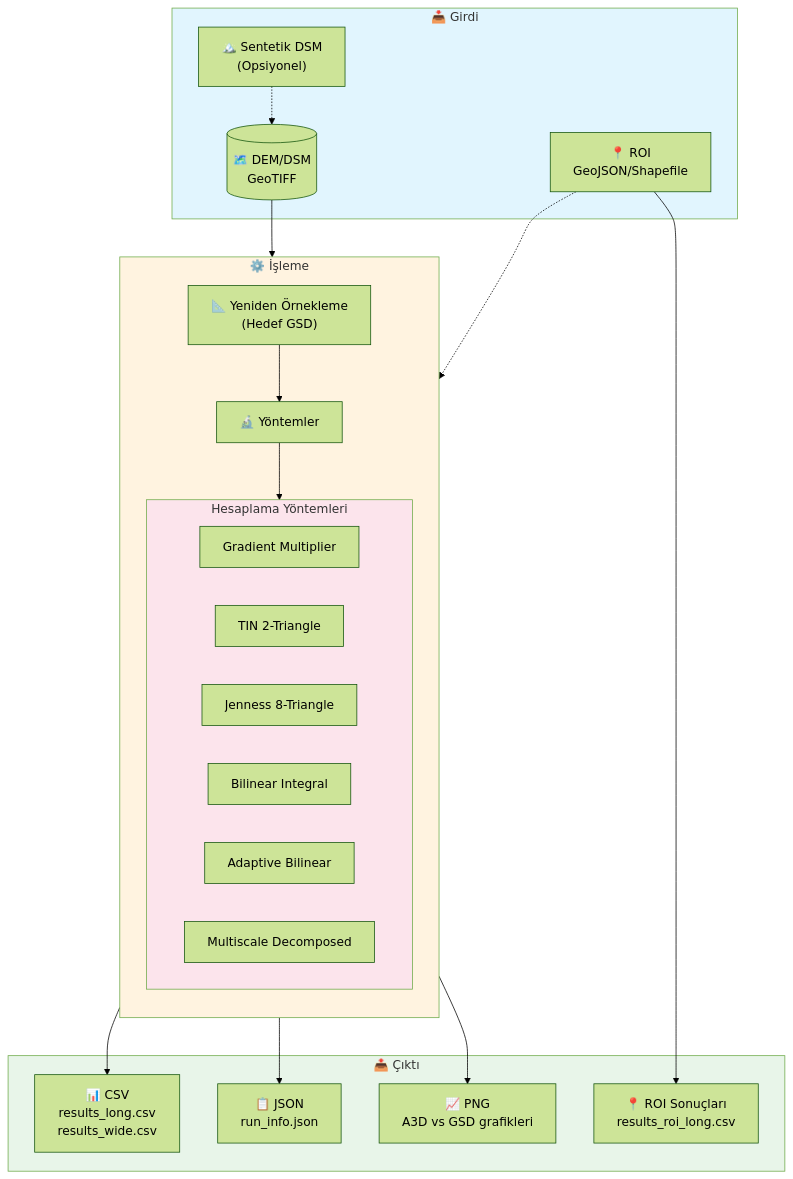
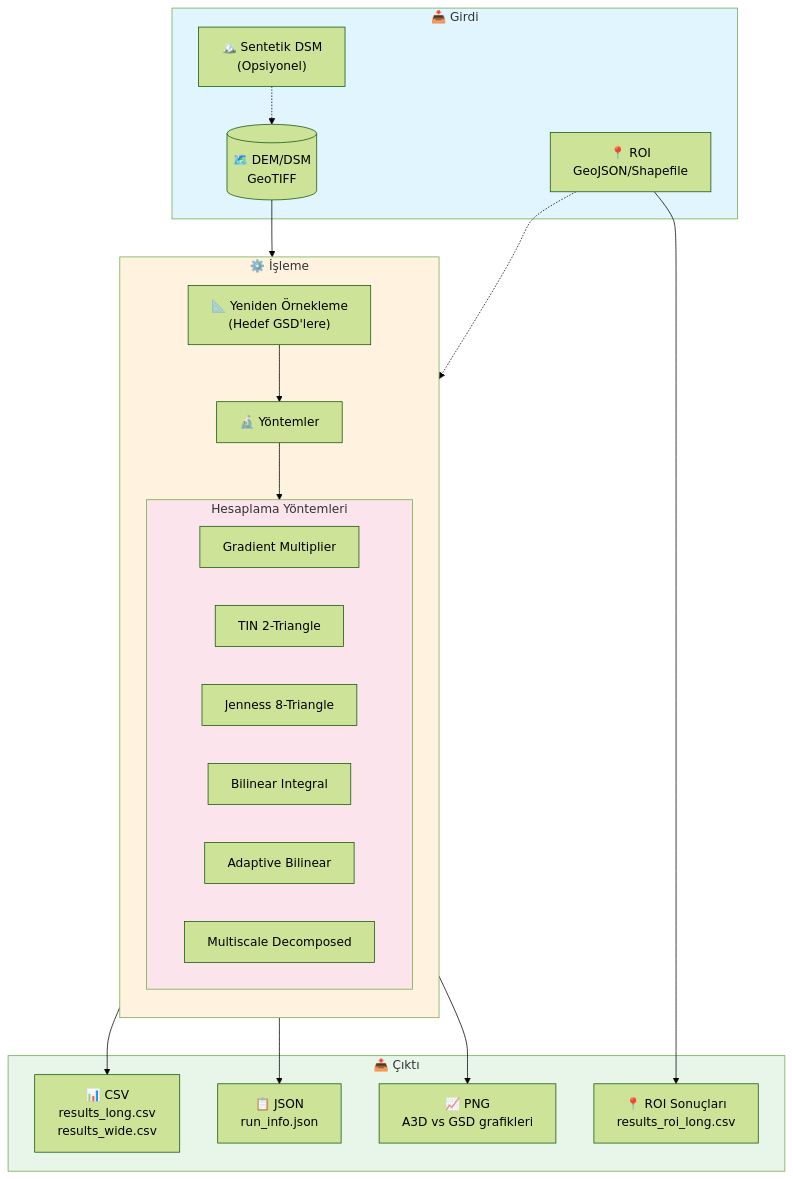
Before and after one commit to elestirmen/yuzey_alani_hesaplama: the first of 2 diagrams in README.md, drawn with Mermaid (forest theme). The commit also changed other lines of this file, not shown here.

````diff
--- a/README.md
+++ b/README.md
@@ -125,46 +131,46 @@
 ```mermaid
 flowchart TB
     subgraph INPUT["📥 Girdi"]
         DEM[("🗺️ DEM/DSM<br/>GeoTIFF")]
         SYNTH["🏔️ Sentetik DSM<br/>(Opsiyonel)"]
         ROI["📍 ROI<br/>GeoJSON/Shapefile"]
     end
 
     subgraph PROCESS["⚙️ İşleme"]
         direction TB
-        RESAMPLE["📐 Yeniden Örnekleme<br/>(Hedef GSD)"]
+        RESAMPLE["📐 Yeniden Örnekleme<br/>(Hedef GSD'lere)"]
         METHODS["🔬 Yöntemler"]
         
         subgraph METHODS_DETAIL["Hesaplama Yöntemleri"]
             M1["Gradient Multiplier"]
             M2["TIN 2-Triangle"]
             M3["Jenness 8-Triangle"]
             M4["Bilinear Integral"]
             M5["Adaptive Bilinear"]
             M6["Multiscale Decomposed"]
         end
     end
 
     subgraph OUTPUT["📤 Çıktı"]
         CSV["📊 CSV<br/>results_long.csv<br/>results_wide.csv"]
         JSON["📋 JSON<br/>run_info.json"]
         PLOTS["📈 PNG<br/>A3D vs GSD grafikleri"]
         ROI_OUT["📍 ROI Sonuçları<br/>results_roi_long.csv"]
     end
 
     DEM --> RESAMPLE
     SYNTH -.-> DEM
     RESAMPLE --> METHODS
     METHODS --> METHODS_DETAIL
     ROI -.-> METHODS
     
     METHODS_DETAIL --> CSV
     METHODS_DETAIL --> JSON
     METHODS_DETAIL --> PLOTS
     ROI --> ROI_OUT
 
     style INPUT fill:#e1f5fe
     style PROCESS fill:#fff3e0
     style OUTPUT fill:#e8f5e9
     style METHODS_DETAIL fill:#fce4ec
 ```
````
